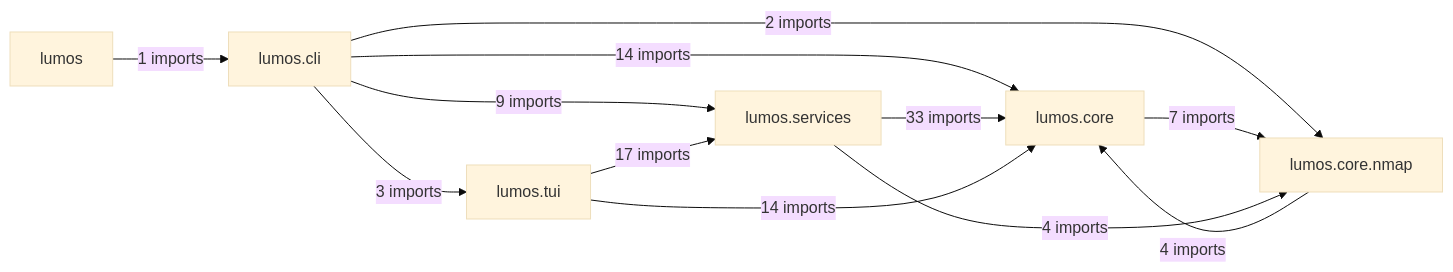
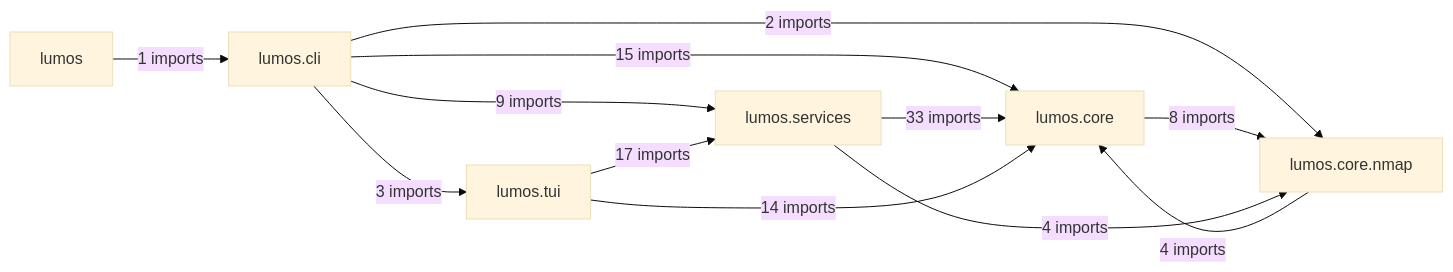
The diagram in docs/architecture/modules.md (lko47/lumos), drawn with Mermaid (base theme) before and after one commit. The commit also changed other lines of this file and 6 other files, not shown here.

First line of the commit message:
feat(report): DOT, Mermaid and stored-scan XML exports

````diff
--- a/docs/architecture/modules.md
+++ b/docs/architecture/modules.md
@@ -7,20 +7,20 @@
 ```mermaid
 flowchart LR
     P0["lumos"]
     P1["lumos.cli"]
     P2["lumos.core"]
     P3["lumos.core.nmap"]
     P4["lumos.services"]
     P5["lumos.tui"]
     P0 -->|"1 imports"| P1
-    P1 -->|"14 imports"| P2
+    P1 -->|"15 imports"| P2
     P1 -->|"2 imports"| P3
     P1 -->|"9 imports"| P4
     P1 -->|"3 imports"| P5
-    P2 -->|"7 imports"| P3
+    P2 -->|"8 imports"| P3
     P3 -->|"4 imports"| P2
     P4 -->|"33 imports"| P2
     P4 -->|"4 imports"| P3
     P5 -->|"14 imports"| P2
     P5 -->|"17 imports"| P4
 ```
````
